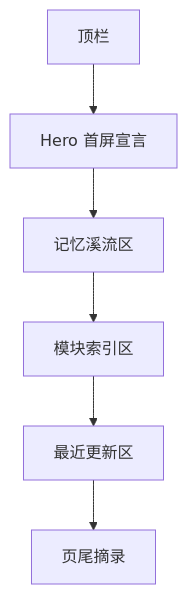
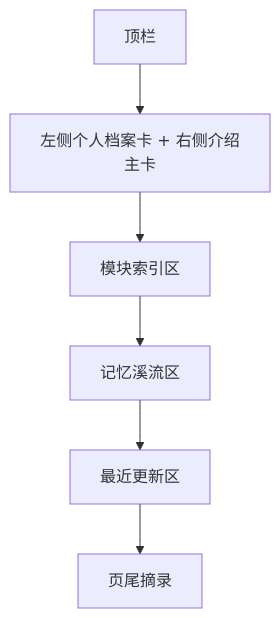
Before and after one commit to Albertlearnpython/RememberMyself: the diagram in docs/design/home/final-visual-spec.zh-CN.md, drawn with Mermaid. The commit also changed other lines of this file and 9 other files, not shown here.

````diff
--- a/docs/design/home/final-visual-spec.zh-CN.md
+++ b/docs/design/home/final-visual-spec.zh-CN.md
@@ -40,8 +41,8 @@
 ```mermaid
 flowchart TD
-    A["顶栏"] --> B["Hero 首屏宣言"]
-    B --> C["记忆溪流区"]
-    C --> D["模块索引区"]
+    A["顶栏"] --> B["左侧个人档案卡 + 右侧介绍主卡"]
+    B --> C["模块索引区"]
+    C --> D["记忆溪流区"]
     D --> E["最近更新区"]
     E --> F["页尾摘录"]
 ```
````
